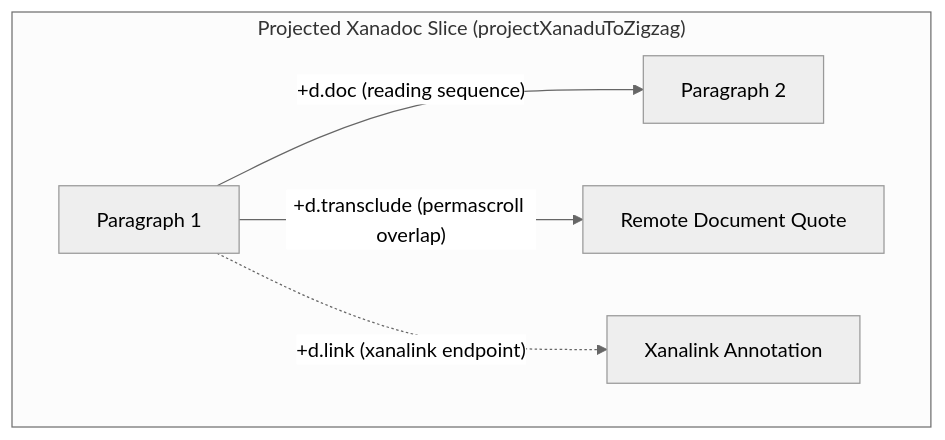
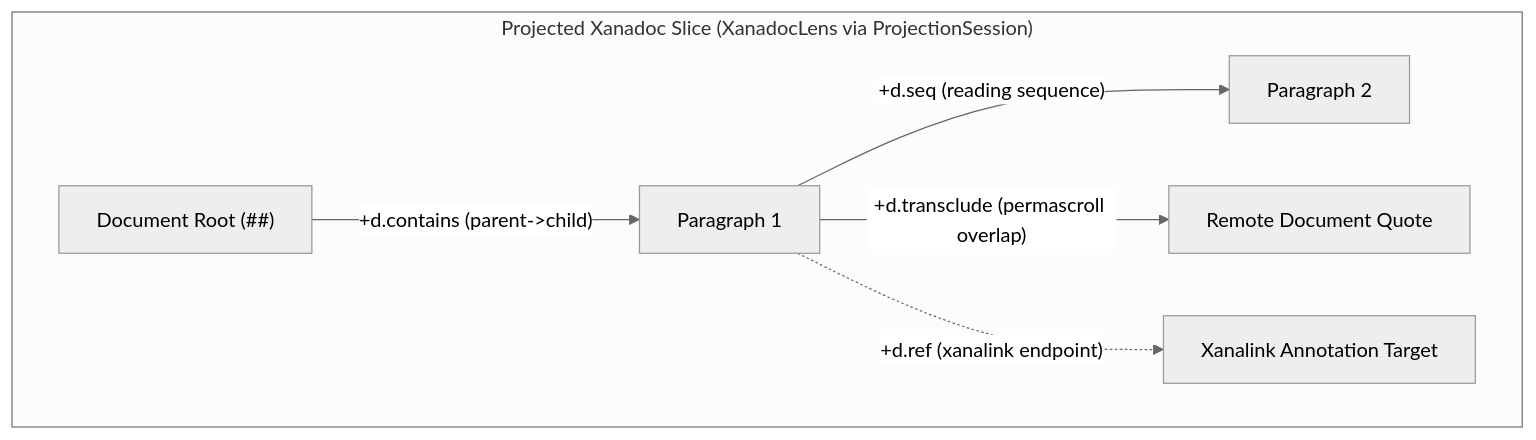
One commit to ccs4ever/gleditor changed the second of 3 diagrams in design/vql-query-language.md. Above: the diagram before and after it, drawn with Mermaid (neutral theme). The commit also changed other lines of this file, not shown here.

Commit message:
docs(design): align Anything-to-ZigZag lens in VQL 15.1 with design/anything-to-zigzag-lens.md

````diff
--- a/design/vql-query-language.md
+++ b/design/vql-query-language.md
@@ -1618,13 +1703,15 @@
 ```mermaid
 graph TD
-    subgraph "Projected Xanadoc Slice (projectXanaduToZigzag)"
+    subgraph "Projected Xanadoc Slice (XanadocLens via ProjectionSession)"
+        D["Document Root (##)"]
         P1["Paragraph 1"]
         P2["Paragraph 2"]
         Q1["Remote Document Quote"]
-        L1["Xanalink Annotation"]
+        L1["Xanalink Annotation Target"]
 
-        P1 -->|"+d.doc (reading sequence)"| P2
+        D -->|"+d.contains (parent->child)"| P1
+        P1 -->|"+d.seq (reading sequence)"| P2
         P1 -->|"+d.transclude (permascroll overlap)"| Q1
-        P1 -.->|"+d.link (xanalink endpoint)"| L1
+        P1 -.->|"+d.ref (xanalink endpoint)"| L1
     end
 ```
````
